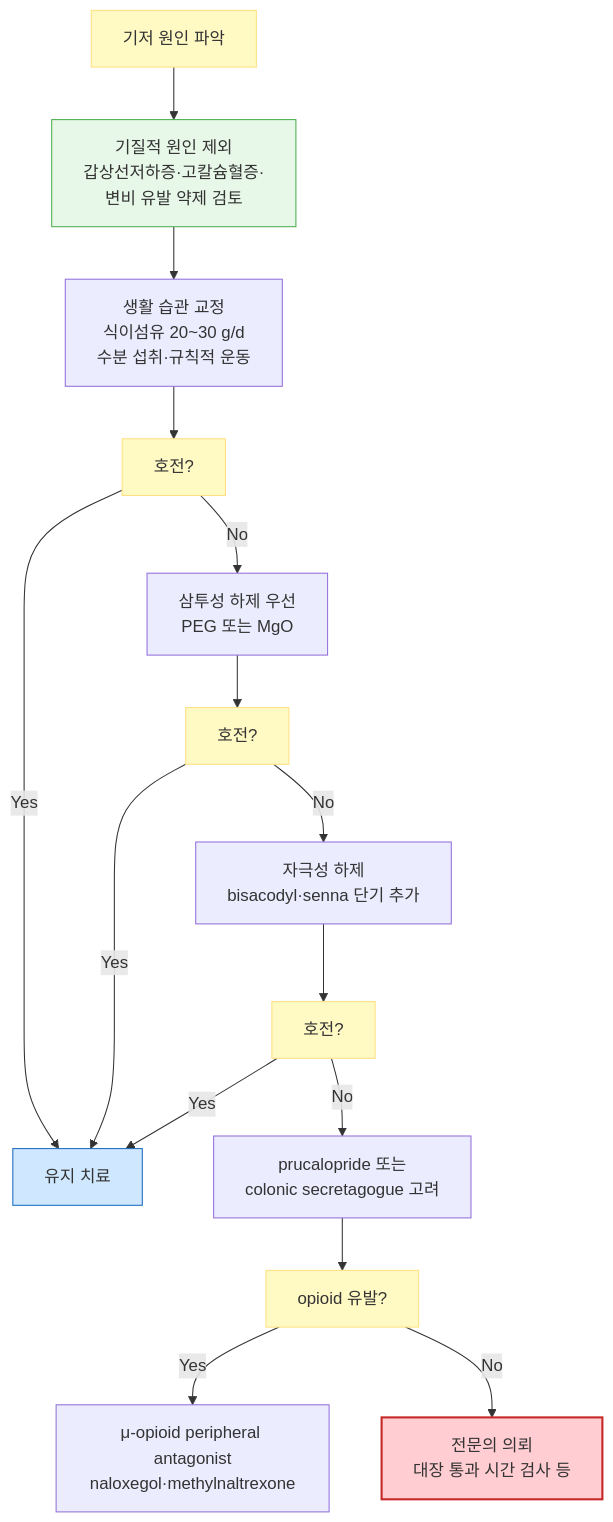
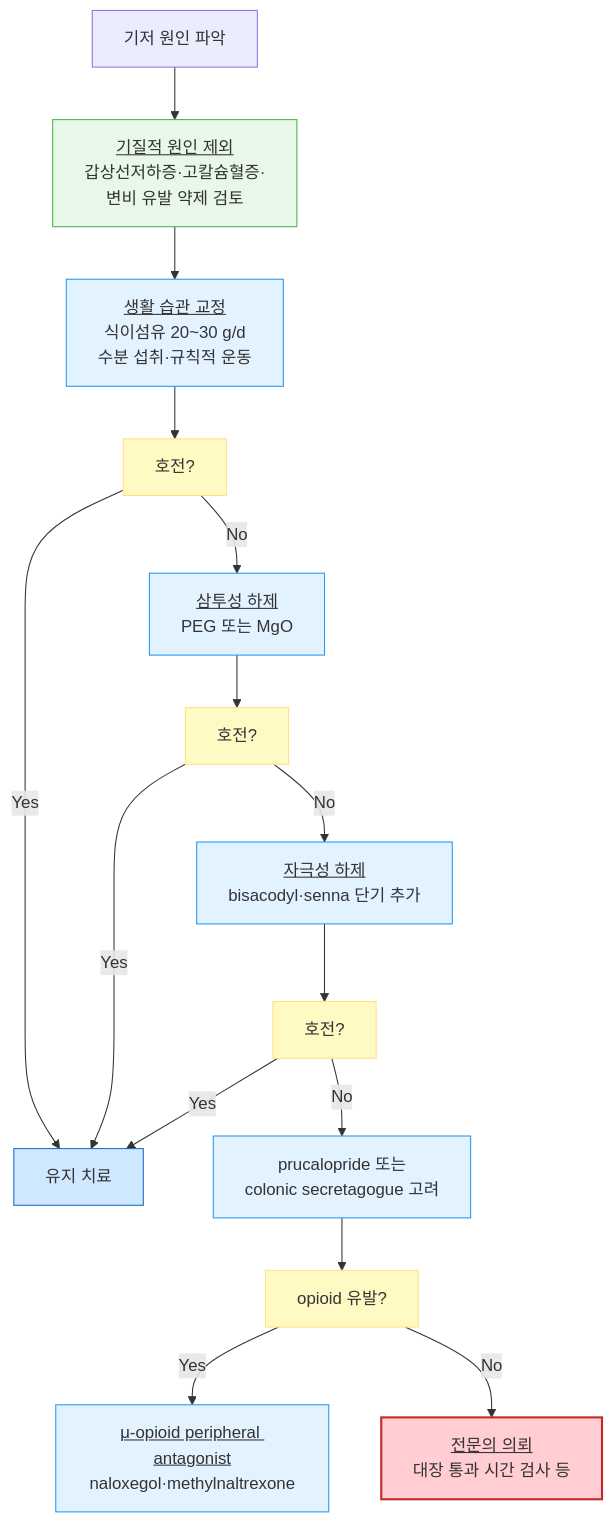
Before and after one commit to familyoh77/familyoh77: the diagram in 224_/082_-constipation.md, drawn with Mermaid. The commit also changed other lines of this file and 1 other file, not shown here.

````diff
--- a/224_/082_-constipation.md
+++ b/224_/082_-constipation.md
@@ -120,23 +171,25 @@
 ```mermaid
 graph TD
     B[기저 원인 파악]
-    B --> C[기질적 원인 제외<br/>갑상선저하증·고칼슘혈증·<br/>변비 유발 약제 검토]
-    C --> D[생활 습관 교정<br/>식이섬유 20~30 g/d<br/>수분 섭취·규칙적 운동]
+    B --> C[<u>기질적 원인 제외</u><br/>갑상선저하증·고칼슘혈증·<br/>변비 유발 약제 검토]
+    C --> D[<u>생활 습관 교정</u><br/>식이섬유 20~30 g/d<br/>수분 섭취·규칙적 운동]
     D --> E[호전?]
-    E -->|No| F[삼투성 하제 우선<br/>PEG 또는 MgO]
+    E -->|No| F[<u>삼투성 하제</u><br/>PEG 또는 MgO]
     E -->|Yes| Z[유지 치료]
     F --> G[호전?]
-    G -->|No| H[자극성 하제<br/>bisacodyl·senna 단기 추가]
+    G -->|No| H[<u>자극성 하제</u><br/>bisacodyl·senna 단기 추가]
     G -->|Yes| Z
     H --> I[호전?]
     I -->|No| J[prucalopride 또는<br/>colonic secretagogue 고려]
     I -->|Yes| Z
     J --> K[opioid 유발?]
-    K -->|Yes| L[μ-opioid peripheral antagonist<br/>naloxegol·methylnaltrexone]
-    K -->|No| M[전문의 의뢰<br/>대장 통과 시간 검사 등]
+    K -->|Yes| L[<u>μ-opioid peripheral antagonist</u><br/>naloxegol·methylnaltrexone]
+    K -->|No| M[<u>전문의 의뢰</u><br/>대장 통과 시간 검사 등]
 classDef yellow fill:#fff9c4,stroke:#ffe082
-class B,E,G,I,K yellow
+class E,G,I,K yellow
+classDef sky fill:#e3f2ff,stroke:#2196f3
+class D,F,H,J,L sky
     style C fill:#e8f8e8,stroke:#4caf50
     style Z fill:#d0e8ff,stroke:#1a6abf
     style M fill:#ffcdd2,stroke:#c62828,stroke-width:2px
 ```
````
